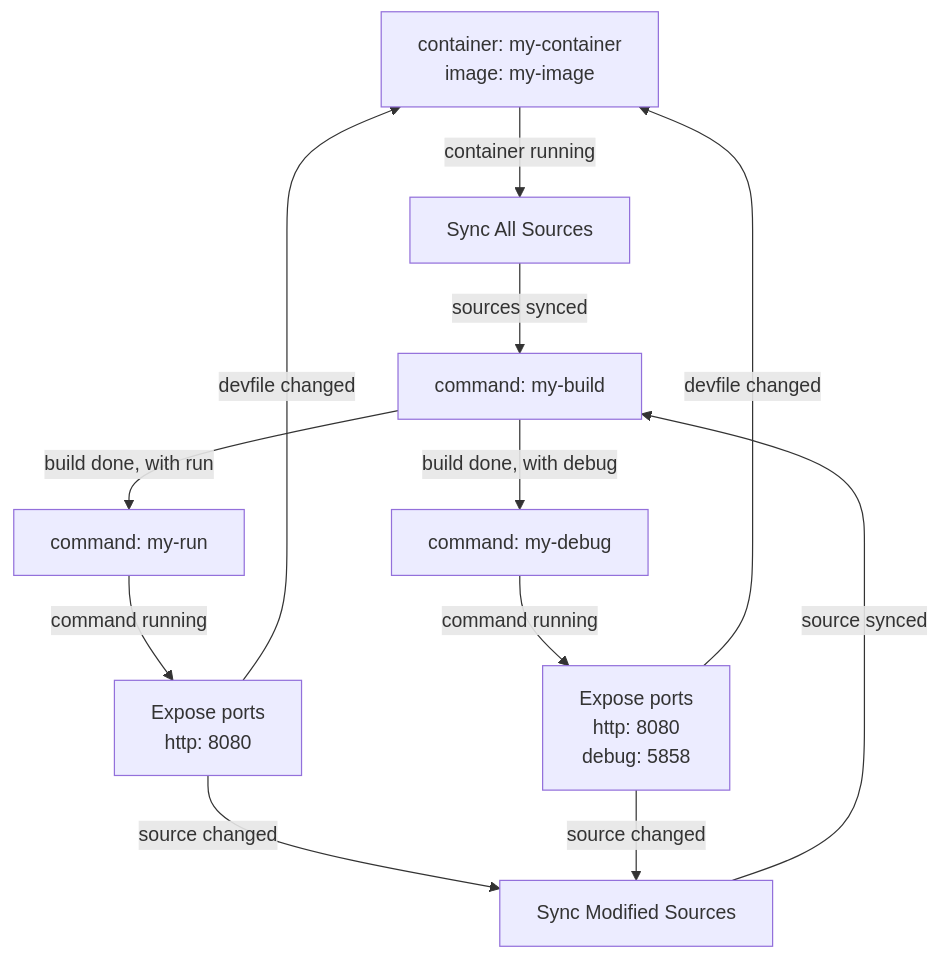
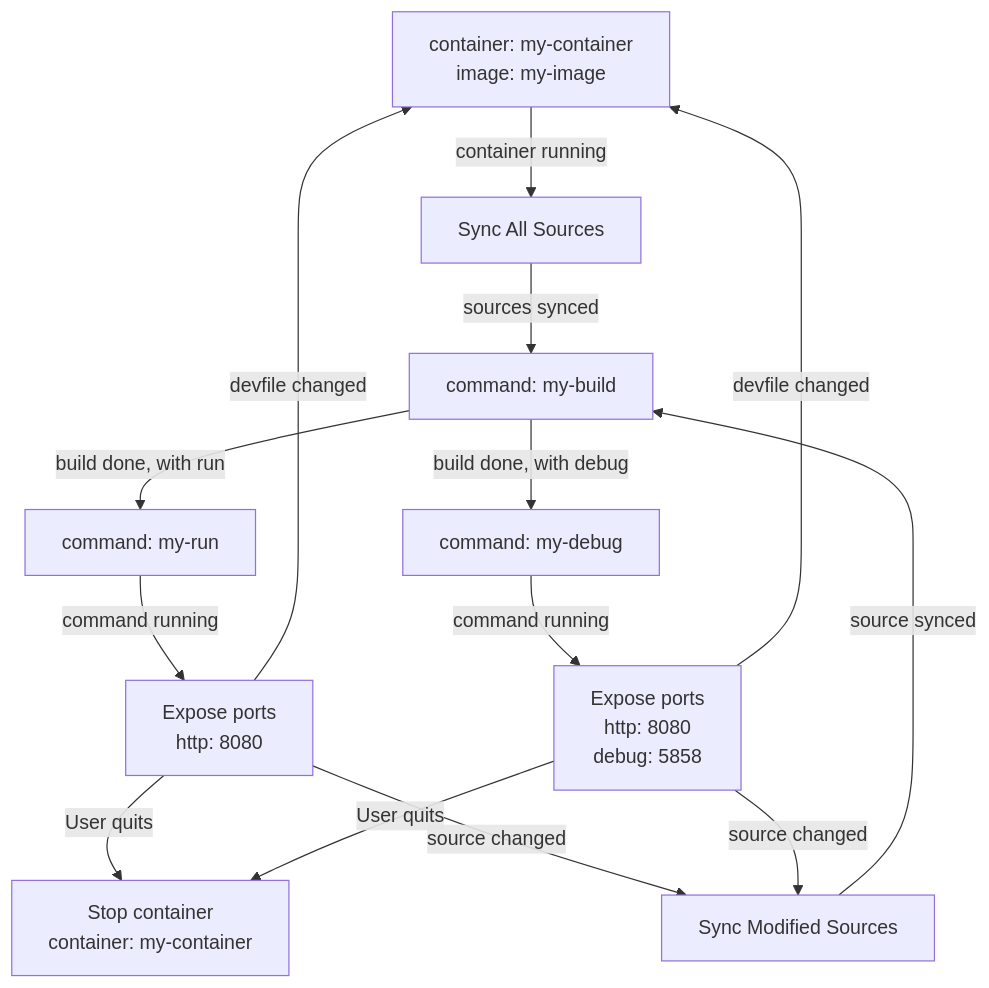
Before and after one commit to feloy/devfile-lifecycle: the diagram in pkg/graph/graphs/container-build-run-debug.md, drawn with Mermaid. The commit also changed 7 other files, not shown here.

Commit message:
Add "User quits" event

````diff
--- a/pkg/graph/graphs/container-build-run-debug.md
+++ b/pkg/graph/graphs/container-build-run-debug.md
@@ -1,22 +1,25 @@
 ```mermaid
 graph TB
 my-container["container: my-container<br/>image: my-image"]
 my-build["command: my-build"]
 my-container-my-debug-expose["Expose ports<br/>http: 8080<br/>debug: 5858"]
 my-container-my-run-expose["Expose ports<br/>http: 8080"]
+my-container-stop["Stop container<br/>container: my-container"]
 my-debug["command: my-debug"]
 my-run["command: my-run"]
 sync-all-my-container["Sync All Sources"]
 sync-modified-my-container["Sync Modified Sources"]
 my-container -->|"container running"| sync-all-my-container
 sync-all-my-container -->|"sources synced"| my-build
 my-build -->|"build done, with run"| my-run
 my-run -->|"command running"| my-container-my-run-expose
+my-container-my-run-expose -->|"User quits"| my-container-stop
 my-container-my-run-expose -->|"source changed"| sync-modified-my-container
 sync-modified-my-container -->|"source synced"| my-build
 my-container-my-run-expose -->|"devfile changed"| my-container
 my-build -->|"build done, with debug"| my-debug
 my-debug -->|"command running"| my-container-my-debug-expose
+my-container-my-debug-expose -->|"User quits"| my-container-stop
 my-container-my-debug-expose -->|"source changed"| sync-modified-my-container
 my-container-my-debug-expose -->|"devfile changed"| my-container
 ```
````
